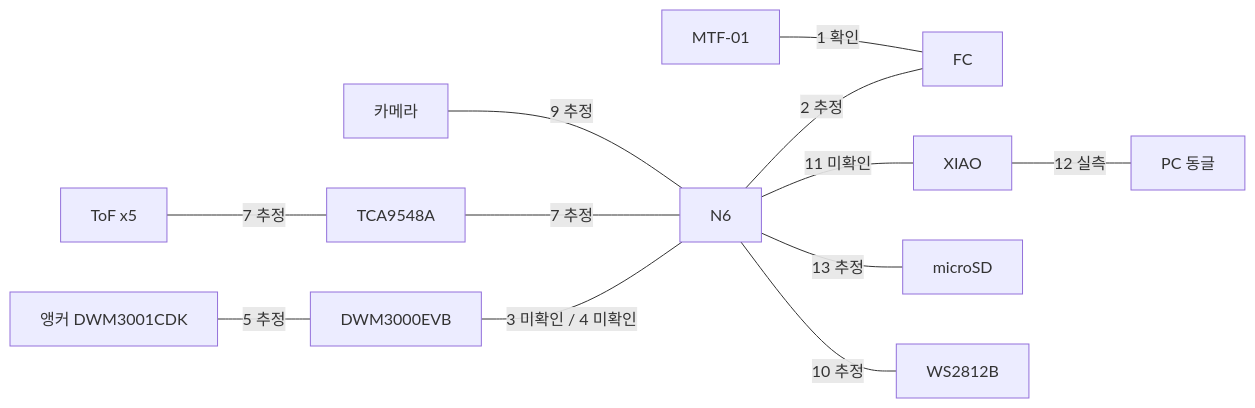
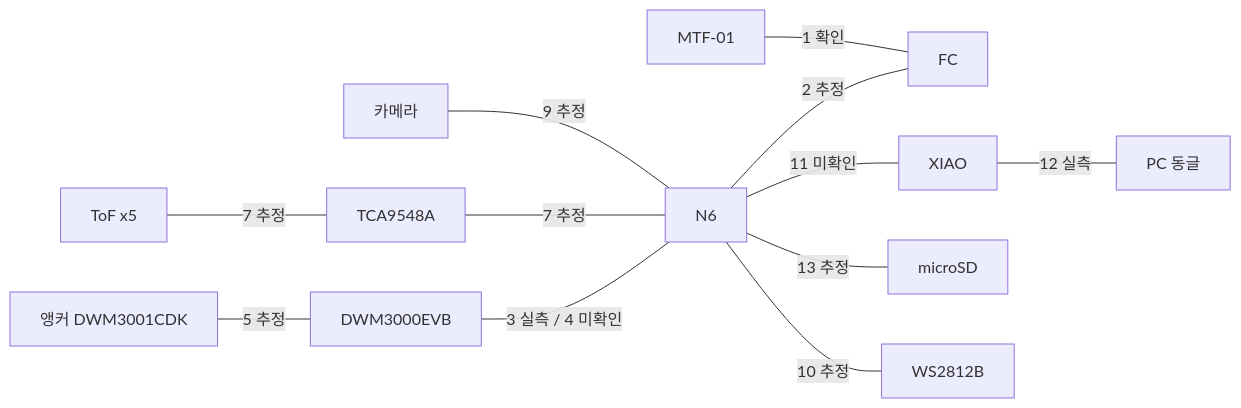
The diagram in docs/하드웨어/02_센서_연동성.md (Multi-Bus/capstone_design), drawn with Mermaid before and after one commit. The commit also changed other lines of this file and 23 other files, not shown here.

````diff
--- a/docs/하드웨어/02_센서_연동성.md
+++ b/docs/하드웨어/02_센서_연동성.md
@@ -32,13 +32,13 @@
 ```mermaid
 flowchart LR
     ANC["앵커 DWM3001CDK"] -- "5 추정" --- EVB["DWM3000EVB"]
-    EVB -- "3 미확인 / 4 미확인" --- N6["N6"]
+    EVB -- "3 실측 / 4 미확인" --- N6["N6"]
     TOF["ToF x5"] -- "7 추정" --- MUX["TCA9548A"] -- "7 추정" --- N6
     CAMS["카메라"] -- "9 추정" --- N6
     N6 -- "2 추정" --- FCX["FC"]
     MTF["MTF-01"] -- "1 확인" --- FCX
     N6 -- "11 미확인" --- XIAO["XIAO"]
     XIAO -- "12 실측" --- DONGLE["PC 동글"]
     N6 -- "13 추정" --- SDC["microSD"]
     N6 -- "10 추정" --- LEDM["WS2812B"]
 ```
````
